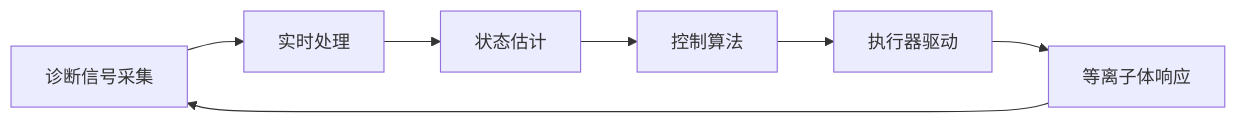
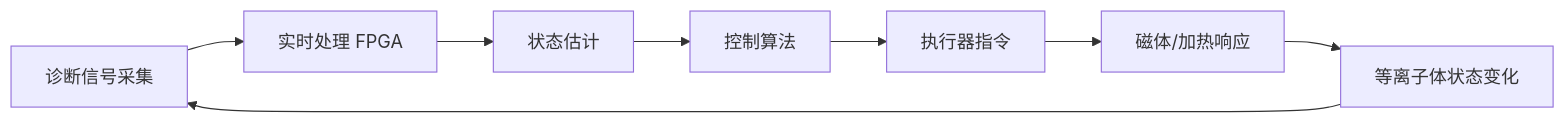
One commit to kudig-io/kudig-database changed the second of 3 diagrams in topic-application-architecture/77-fusion-energy-monitoring.md. Above: the diagram before and after it, drawn with Mermaid. The commit also changed other lines of this file and 8633 other files, not shown here.

````diff
--- a/topic-application-architecture/77-fusion-energy-monitoring.md
+++ b/topic-application-architecture/77-fusion-energy-monitoring.md
@@ -138,9 +169,10 @@
 ```mermaid
 flowchart LR
-    A[诊断信号采集] --> B[实时处理]
+    A[诊断信号采集] --> B[实时处理 FPGA]
     B --> C[状态估计]
     C --> D[控制算法]
-    D --> E[执行器驱动]
-    E --> F[等离子体响应]
-    F --> A
+    D --> E[执行器指令]
+    E --> F[磁体/加热响应]
+    F --> G[等离子体状态变化]
+    G --> A
 ```
````
